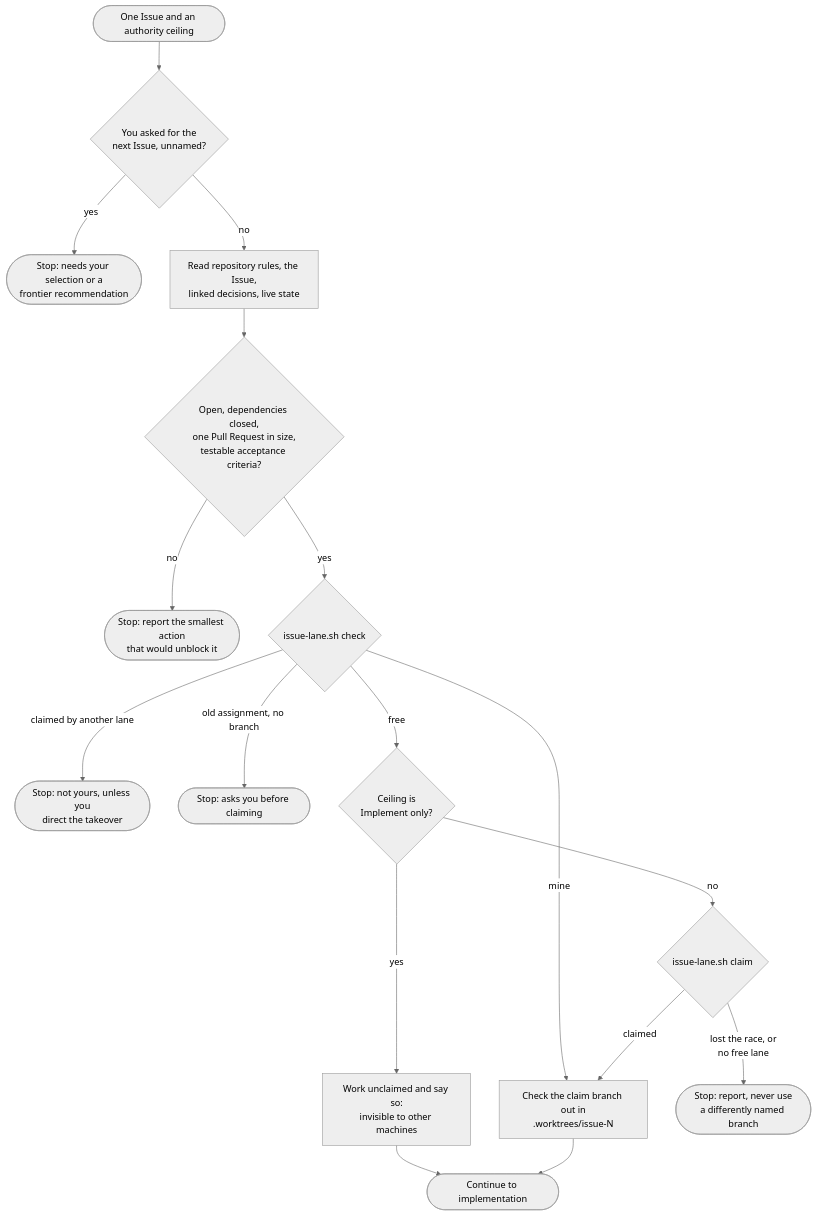
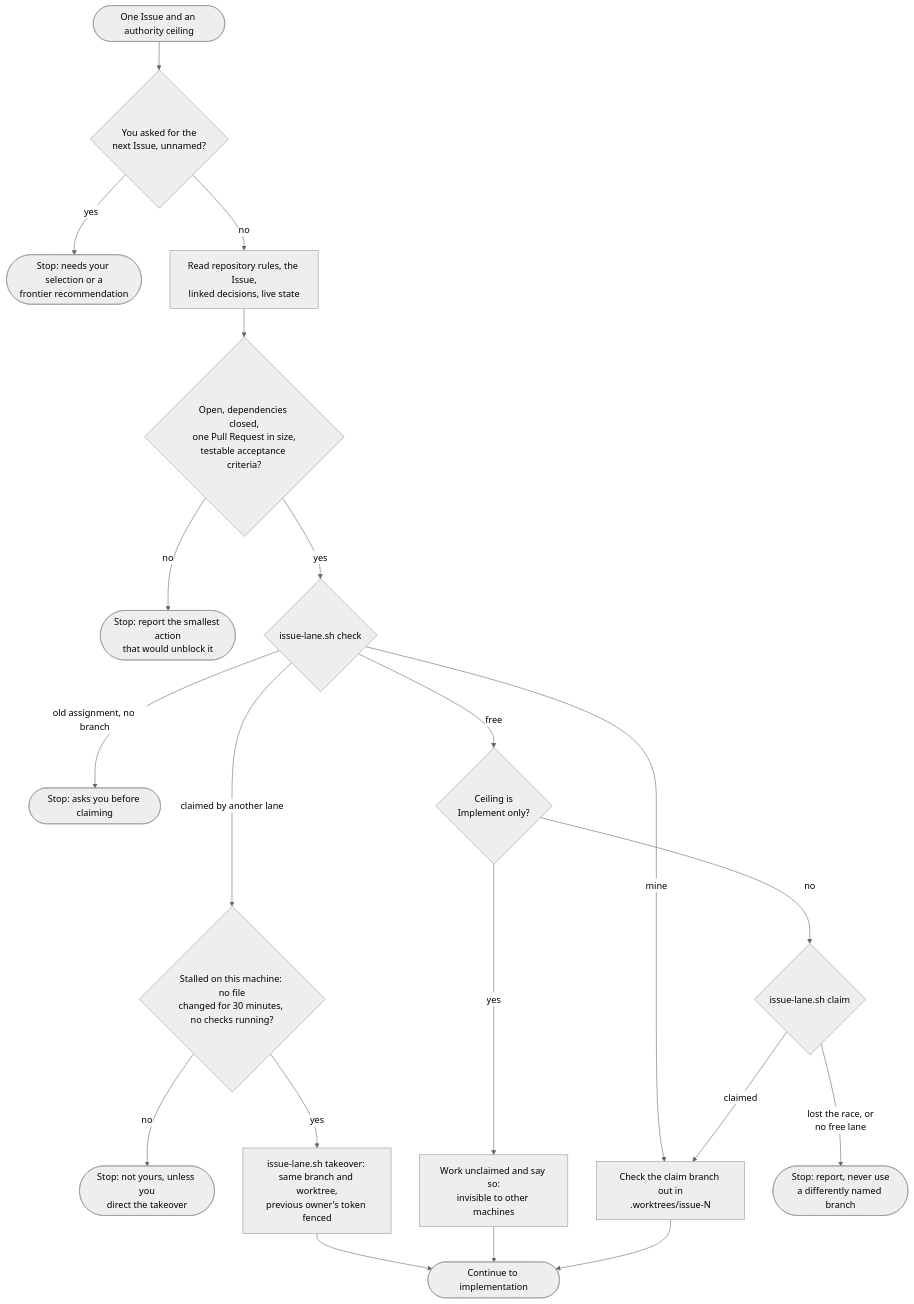
Before and after one commit to Sannrox/agent-kit: the fifth of 18 diagrams in docs/skill-flows.md, drawn with Mermaid (neutral theme). The commit also changed 5 other files, not shown here.

Commit message:
feat(deliver-ready-issue): take over a stalled lane in place (#53)

````diff
--- a/docs/skill-flows.md
+++ b/docs/skill-flows.md
@@ -135,19 +135,22 @@
 ```mermaid
 flowchart TD
     start(["One Issue and an authority ceiling"]) --> next{"You asked for the<br/>next Issue, unnamed?"}
     next -->|"yes"| needPick(["Stop: needs your selection or a<br/>frontier recommendation"])
     next -->|"no"| read["Read repository rules, the Issue,<br/>linked decisions, live state"]
     read --> ok{"Open, dependencies closed,<br/>one Pull Request in size,<br/>testable acceptance criteria?"}
     ok -->|"no"| notReady(["Stop: report the smallest action<br/>that would unblock it"])
     ok -->|"yes"| claim{"issue-lane.sh check"}
-    claim -->|"claimed by another lane"| foreign(["Stop: not yours, unless you<br/>direct the takeover"])
+    claim -->|"claimed by another lane"| stalled{"Stalled on this machine: no file<br/>changed for 30 minutes, no checks running?"}
+    stalled -->|"no"| foreign(["Stop: not yours, unless you<br/>direct the takeover"])
+    stalled -->|"yes"| takeover["issue-lane.sh takeover: same branch and worktree,<br/>previous owner's token fenced"]
+    takeover --> code
     claim -->|"old assignment, no branch"| ask(["Stop: asks you before claiming"])
     claim -->|"mine"| worktree
     claim -->|"free"| ceiling{"Ceiling is<br/>Implement only?"}
     ceiling -->|"yes"| unclaimed["Work unclaimed and say so:<br/>invisible to other machines"]
     ceiling -->|"no"| take{"issue-lane.sh claim"}
     take -->|"lost the race, or<br/>no free lane"| lost(["Stop: report, never use<br/>a differently named branch"])
     take -->|"claimed"| worktree["Check the claim branch out in<br/>.worktrees/issue-N"]
     unclaimed --> code(["Continue to implementation"])
     worktree --> code
 ```
````
